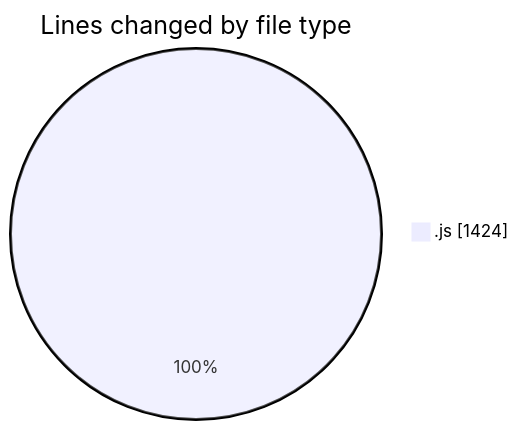
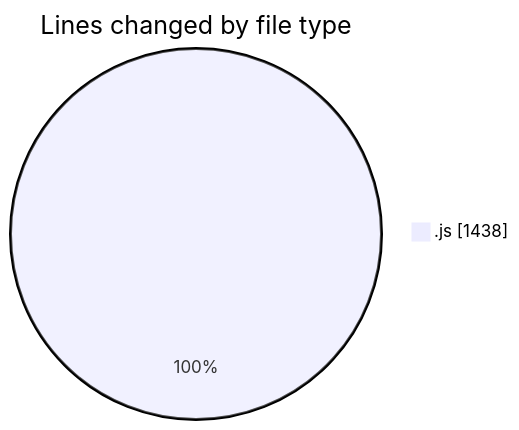
Before and after one commit to momahboobian/code-tracking: the first of 2 diagrams in 2025-03-13/cda/README.md, drawn with Mermaid. The commit also changed other lines of this file and 1 other file, not shown here.

````diff
--- a/2025-03-13/cda/README.md
+++ b/2025-03-13/cda/README.md
@@ -22,5 +22,5 @@
 ```mermaid
 pie showData
 title Lines changed by file type
-".js" : 1424
+".js" : 1438
 ```
````
